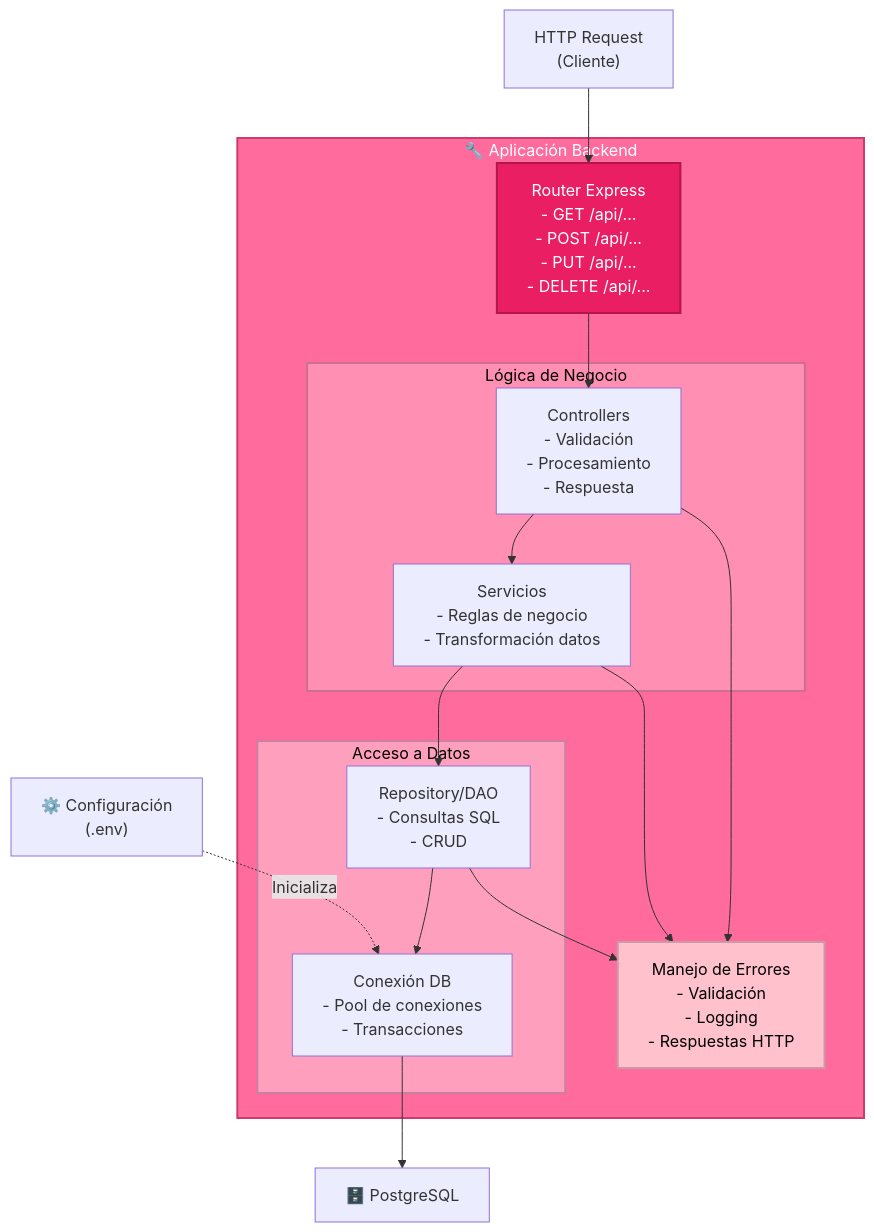
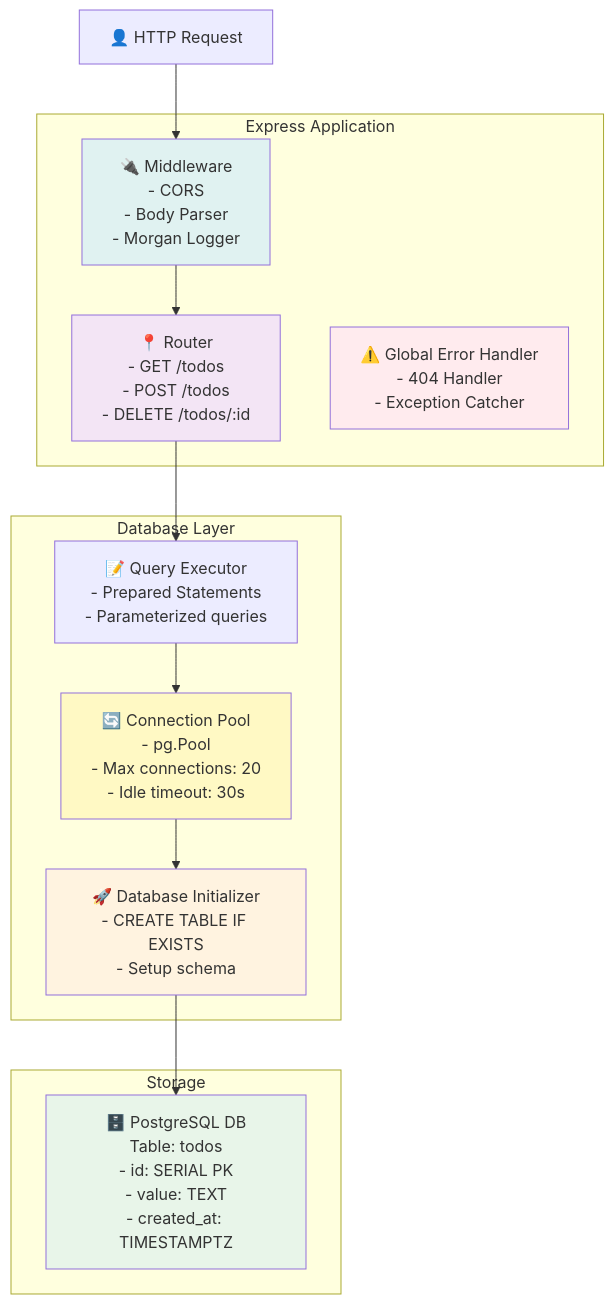
The third of 3 diagrams in README.md (ch1fl1n/Patrones-Arqui), drawn with Mermaid before and after one commit. The commit also changed other lines of this file and 10 other files, not shown here.

````diff
--- a/README.md
+++ b/README.md
@@ -104,42 +86,38 @@
 ```mermaid
 graph
-    Request["HTTP Request<br/>(Cliente)"]
+    Client["👤 HTTP Request"]
     
-    subgraph BackendApp["🔧 Aplicación Backend"]
-        Router["Router Express<br/>- GET /api/...<br/>- POST /api/...<br/>- PUT /api/...<br/>- DELETE /api/..."]
+    subgraph Express["Express Application"]
+        Router["📍 Router<br/>- GET /todos<br/>- POST /todos<br/>- DELETE /todos/:id"]
         
-        subgraph Logic["Lógica de Negocio"]
-            Controller["Controllers<br/>- Validación<br/>- Procesamiento<br/>- Respuesta"]
-            Service["Servicios<br/>- Reglas de negocio<br/>- Transformación datos"]
-        end
+        Middleware["🔌 Middleware<br/>- CORS<br/>- Body Parser<br/>- Morgan Logger"]
         
-        subgraph Data["Acceso a Datos"]
-            Repository["Repository/DAO<br/>- Consultas SQL<br/>- CRUD"]
-            DBConnect["Conexión DB<br/>- Pool de conexiones<br/>- Transacciones"]
-        end
-        
-        Error["Manejo de Errores<br/>- Validación<br/>- Logging<br/>- Respuestas HTTP"]
+        ErrorHandler["⚠️ Global Error Handler<br/>- 404 Handler<br/>- Exception Catcher"]
     end
     
-    Database["🗄️ PostgreSQL"]
-    Config["⚙️ Configuración<br/>(.env)"]
+    subgraph Database["Database Layer"]
+        Pool["🔄 Connection Pool<br/>- pg.Pool<br/>- Max connections: 20<br/>- Idle timeout: 30s"]
+        
+        Init["🚀 Database Initializer<br/>- CREATE TABLE IF EXISTS<br/>- Setup schema"]
+        
+        Query["📝 Query Executor<br/>- Prepared Statements<br/>- Parameterized queries"]
+    end
     
-    Request --> Router
-    Router --> Controller
-    Controller --> Service
-    Service --> Repository
-    Repository --> DBConnect
-    DBConnect --> Database
+    subgraph Persistence["Storage"]
+        PostgreSQL["🗄️ PostgreSQL DB<br/>Table: todos<br/>- id: SERIAL PK<br/>- value: TEXT<br/>- created_at: TIMESTAMPTZ"]
+    end
     
-    Controller --> Error
-    Service --> Error
-    Repository --> Error
+    Client --> Middleware
+    Middleware --> Router
+    Router --> Query
+    Query --> Pool
+    Pool --> Init
+    Init --> PostgreSQL
     
-    Config -.->|Inicializa| DBConnect
-    
-    style BackendApp fill:#FF6B9D,stroke:#CC3D6F,stroke-width:2px,color:#fff
-    style Logic fill:#FF8FB3,stroke:#CC7090,stroke-width:2px,color:#000
-    style Data fill:#FF9FBE,stroke:#CC7FA0,stroke-width:2px,color:#000
-    style Router fill:#E91E63,stroke:#B3154D,stroke-width:2px,color:#fff
-    style Error fill:#FFC1CC,stroke:#CC99A6,stroke-width:2px,color:#000
+    style Router fill:#f3e5f5
+    style Middleware fill:#e0f2f1
+    style ErrorHandler fill:#ffebee
+    style Pool fill:#fff9c4
+    style Init fill:#fff3e0
+    style PostgreSQL fill:#e8f5e9
 ```
````
